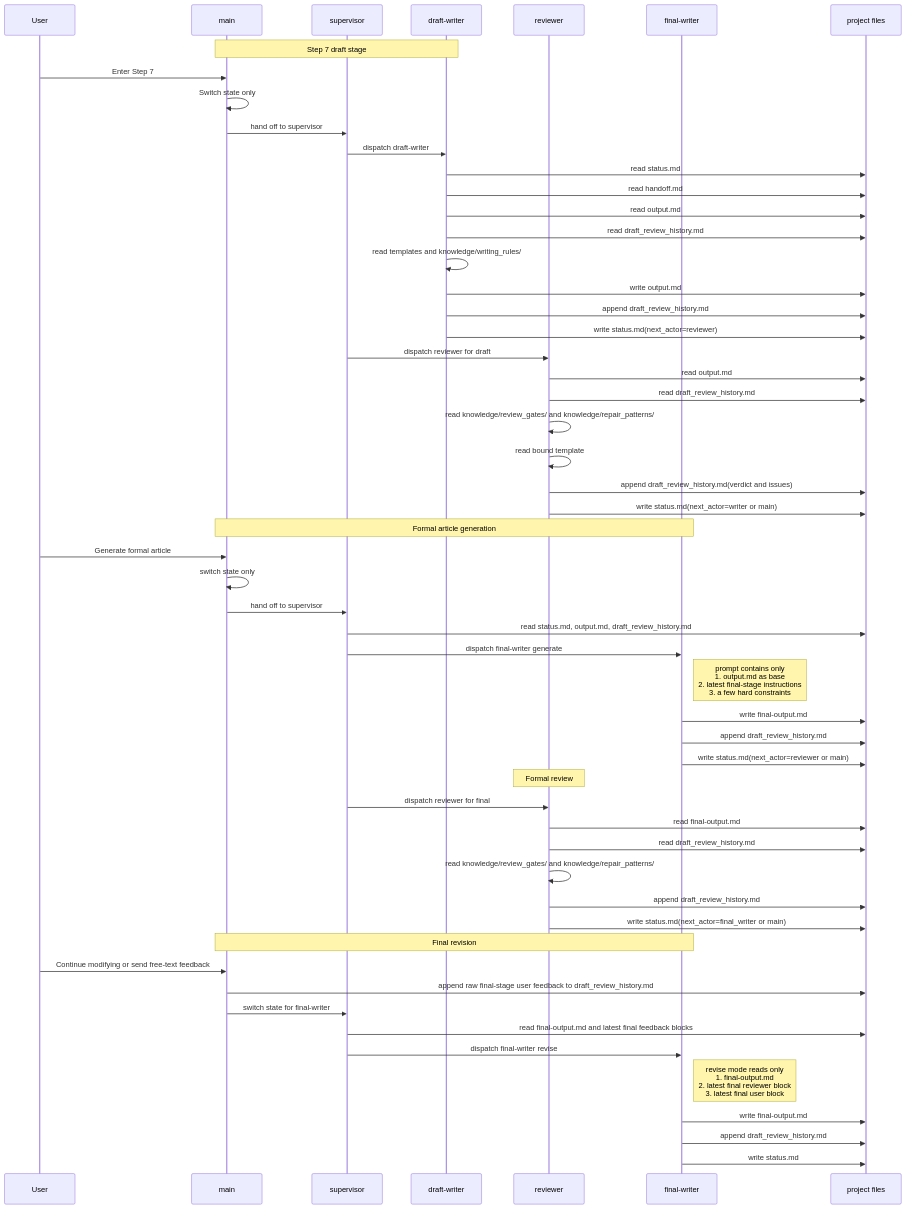
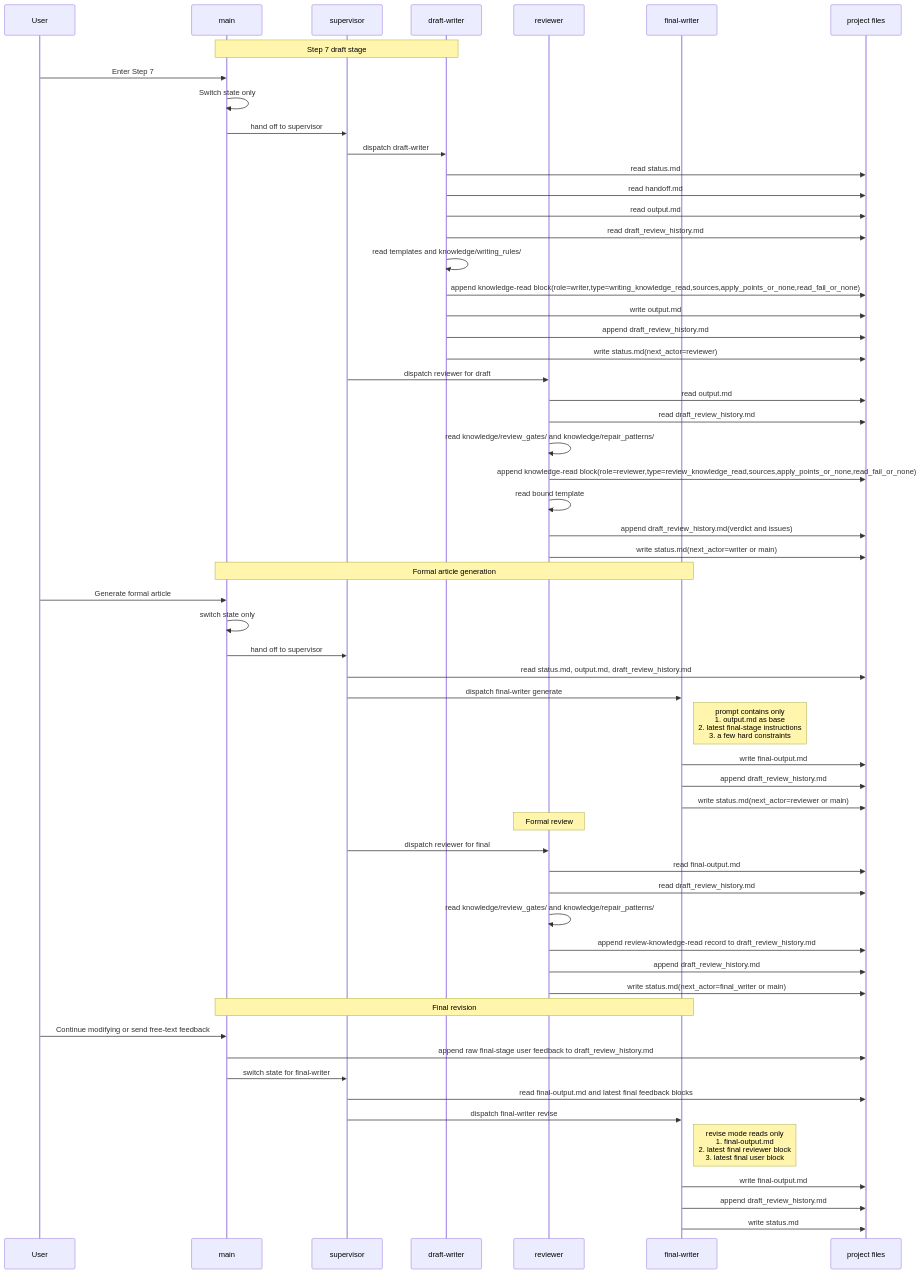
One commit to Jim0xff/deepflow-singularity changed the second of 4 diagrams in docs/SINGULARITY_STEP7_KNOWLEDGE_LOADING.md. Above: the diagram before and after it, drawn with Mermaid. The commit also changed other lines of this file and 4 other files, not shown here.

````diff
--- a/docs/SINGULARITY_STEP7_KNOWLEDGE_LOADING.md
+++ b/docs/SINGULARITY_STEP7_KNOWLEDGE_LOADING.md
@@ -89,64 +89,67 @@
 ```mermaid
 sequenceDiagram
   participant U as User
   participant M as main
   participant S as supervisor
   participant DW as draft-writer
   participant R as reviewer
   participant FW as final-writer
   participant P as project files
 
   Note over M,DW: Step 7 draft stage
   U->>M: Enter Step 7
   M->>M: Switch state only
   M->>S: hand off to supervisor
 
   S->>DW: dispatch draft-writer
   DW->>P: read status.md
   DW->>P: read handoff.md
   DW->>P: read output.md
   DW->>P: read draft_review_history.md
   DW->>DW: read templates and knowledge/writing_rules/
+  DW->>P: append knowledge-read block(role=writer,type=writing_knowledge_read,sources,apply_points_or_none,read_fail_or_none)
   DW->>P: write output.md
   DW->>P: append draft_review_history.md
   DW->>P: write status.md(next_actor=reviewer)
 
   S->>R: dispatch reviewer for draft
   R->>P: read output.md
   R->>P: read draft_review_history.md
   R->>R: read knowledge/review_gates/ and knowledge/repair_patterns/
+  R->>P: append knowledge-read block(role=reviewer,type=review_knowledge_read,sources,apply_points_or_none,read_fail_or_none)
   R->>R: read bound template
   R->>P: append draft_review_history.md(verdict and issues)
   R->>P: write status.md(next_actor=writer or main)
 
   Note over M,FW: Formal article generation
   U->>M: Generate formal article
   M->>M: switch state only
   M->>S: hand off to supervisor
 
   S->>P: read status.md, output.md, draft_review_history.md
   S->>FW: dispatch final-writer generate
   Note right of FW: prompt contains only<br/>1. output.md as base<br/>2. latest final-stage instructions<br/>3. a few hard constraints
   FW->>P: write final-output.md
   FW->>P: append draft_review_history.md
   FW->>P: write status.md(next_actor=reviewer or main)
 
   Note over R: Formal review
   S->>R: dispatch reviewer for final
   R->>P: read final-output.md
   R->>P: read draft_review_history.md
   R->>R: read knowledge/review_gates/ and knowledge/repair_patterns/
+  R->>P: append review-knowledge-read record to draft_review_history.md
   R->>P: append draft_review_history.md
   R->>P: write status.md(next_actor=final_writer or main)
 
   Note over M,FW: Final revision
   U->>M: Continue modifying or send free-text feedback
   M->>P: append raw final-stage user feedback to draft_review_history.md
   M->>S: switch state for final-writer
   S->>P: read final-output.md and latest final feedback blocks
   S->>FW: dispatch final-writer revise
   Note right of FW: revise mode reads only<br/>1. final-output.md<br/>2. latest final reviewer block<br/>3. latest final user block
   FW->>P: write final-output.md
   FW->>P: append draft_review_history.md
   FW->>P: write status.md
 ```
````
